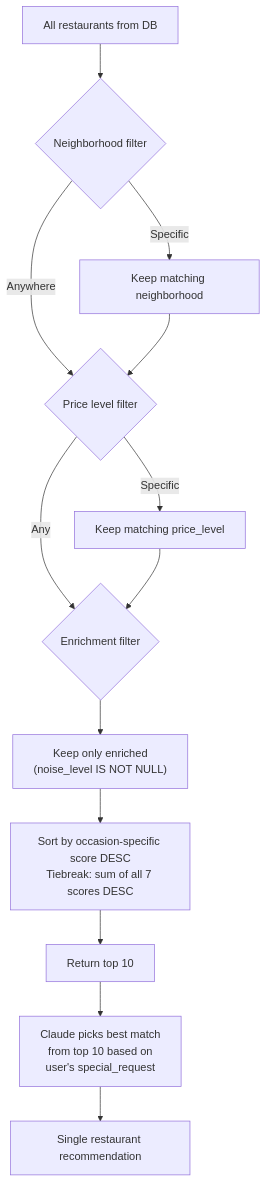
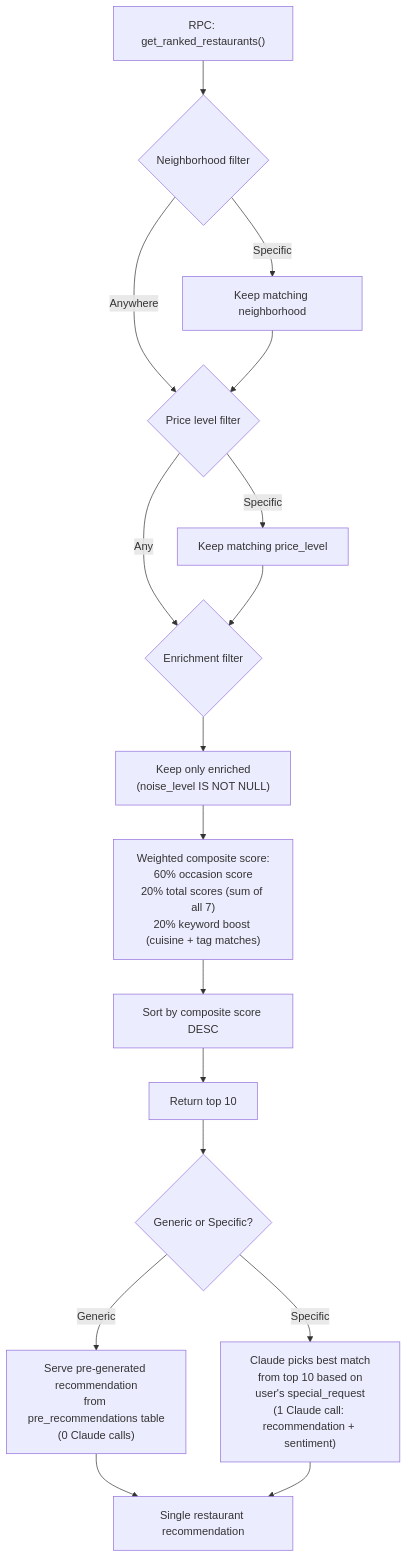
Before and after one commit to aacrit/dondeBackend: the eighth of 10 diagrams in docs/system-architecture.md, drawn with Mermaid. The commit also changed other lines of this file, not shown here.

First line of the commit message:
Update system architecture to reflect current optimized design

````diff
--- a/docs/system-architecture.md
+++ b/docs/system-architecture.md
@@ -287,15 +352,19 @@
 ```mermaid
 flowchart TD
-    ALL[All restaurants from DB] --> F1{Neighborhood filter}
+    ALL["RPC: get_ranked_restaurants()"] --> F1{Neighborhood filter}
     F1 -->|"Anywhere"| F2
     F1 -->|"Specific"| FILT1[Keep matching neighborhood] --> F2
     F2{Price level filter}
     F2 -->|"Any"| F3
     F2 -->|"Specific"| FILT2[Keep matching price_level] --> F3
     F3{Enrichment filter}
     F3 --> FILT3["Keep only enriched<br/>(noise_level IS NOT NULL)"]
-    FILT3 --> SORT["Sort by occasion-specific score DESC<br/>Tiebreak: sum of all 7 scores DESC"]
+    FILT3 --> COMPOSITE["Weighted composite score:<br/>60% occasion score<br/>20% total scores (sum of all 7)<br/>20% keyword boost (cuisine + tag matches)"]
+    COMPOSITE --> SORT["Sort by composite score DESC"]
     SORT --> TOP10[Return top 10]
-    TOP10 --> CLAUDE_PICK["Claude picks best match<br/>from top 10 based on<br/>user's special_request"]
-    CLAUDE_PICK --> WINNER[Single restaurant recommendation]
+    TOP10 --> ROUTE{Generic or Specific?}
+    ROUTE -->|Generic| PREGEN["Serve pre-generated recommendation<br/>from pre_recommendations table<br/>(0 Claude calls)"]
+    ROUTE -->|Specific| CLAUDE_PICK["Claude picks best match<br/>from top 10 based on<br/>user's special_request<br/>(1 Claude call: recommendation + sentiment)"]
+    PREGEN --> WINNER[Single restaurant recommendation]
+    CLAUDE_PICK --> WINNER
 ```
````
